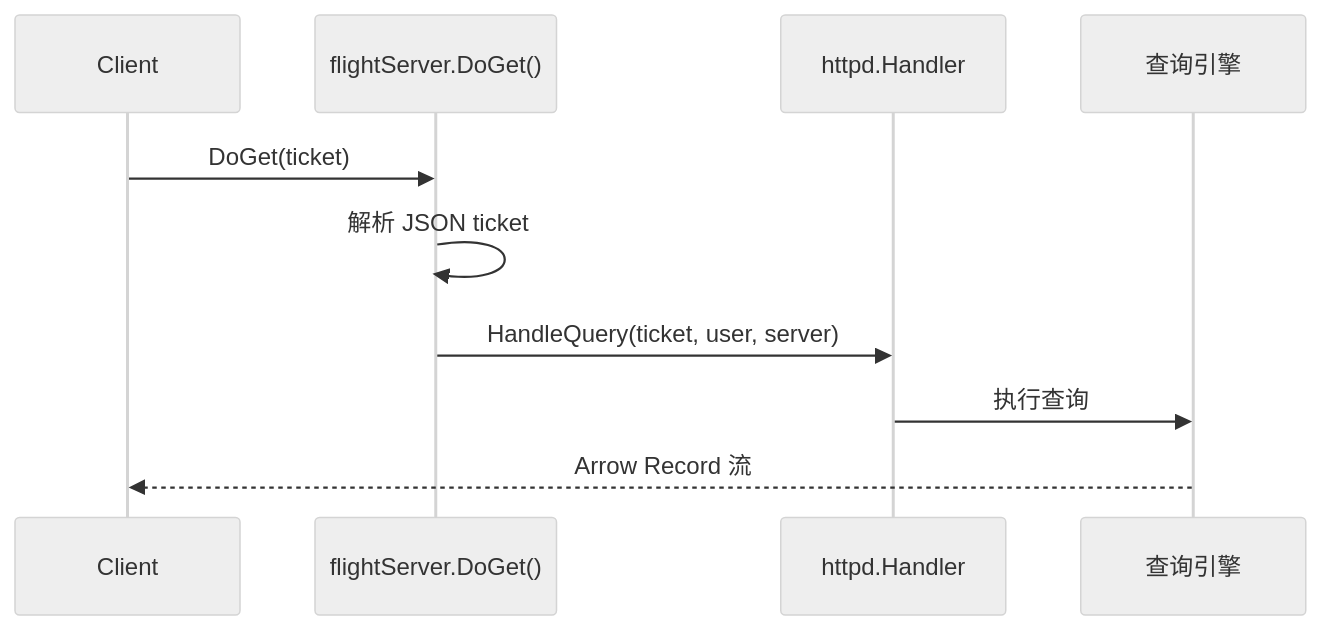
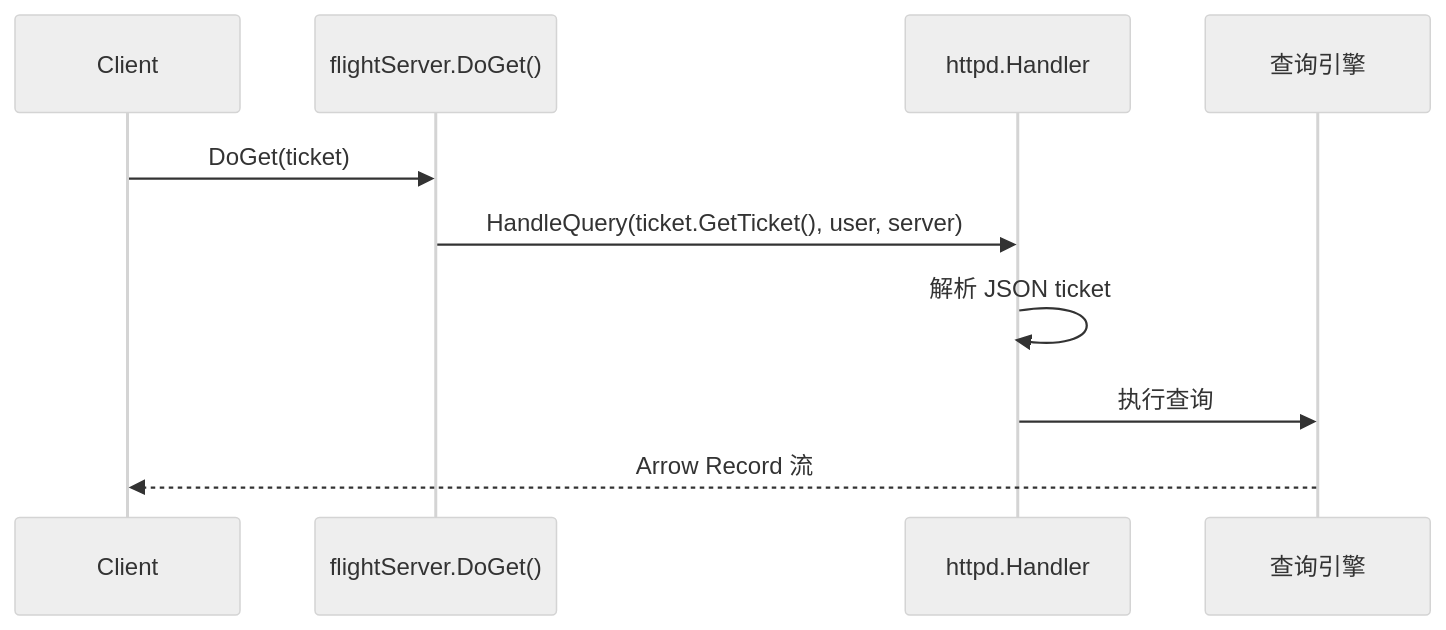
Before and after one commit to stefanv5/openGemini: the third of 4 diagrams in docs/specs/22_arrow_flight_spec.md, drawn with Mermaid (neutral theme). The commit also changed other lines of this file and 37 other files, not shown here.

````diff
--- a/docs/specs/22_arrow_flight_spec.md
+++ b/docs/specs/22_arrow_flight_spec.md
@@ -111,13 +113,13 @@
 ```mermaid
 sequenceDiagram
     participant Client as Client
     participant DoGet as flightServer.DoGet()
     participant Handler as httpd.Handler
     participant Engine as 查询引擎
 
     Client->>DoGet: DoGet(ticket)
-    DoGet->>DoGet: 解析 JSON ticket
-    DoGet->>Handler: HandleQuery(ticket, user, server)
+    DoGet->>Handler: HandleQuery(ticket.GetTicket(), user, server)
+    Handler->>Handler: 解析 JSON ticket
     Handler->>Engine: 执行查询
     Engine-->>Client: Arrow Record 流
 ```
````
